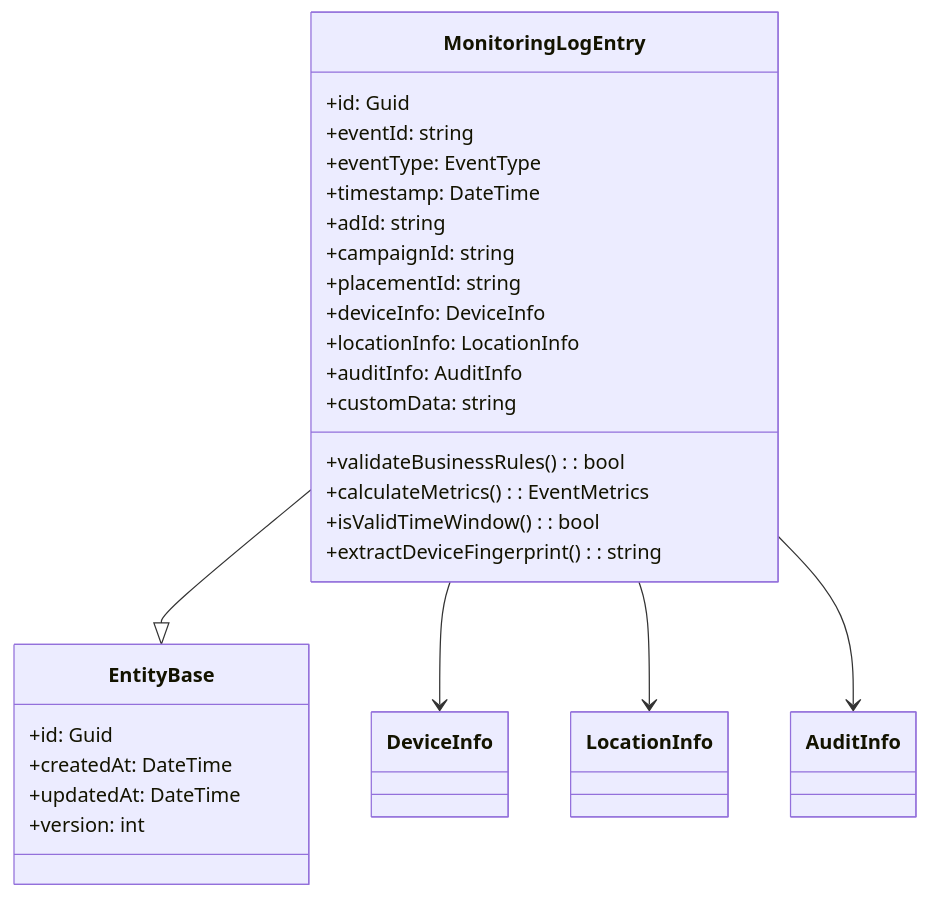
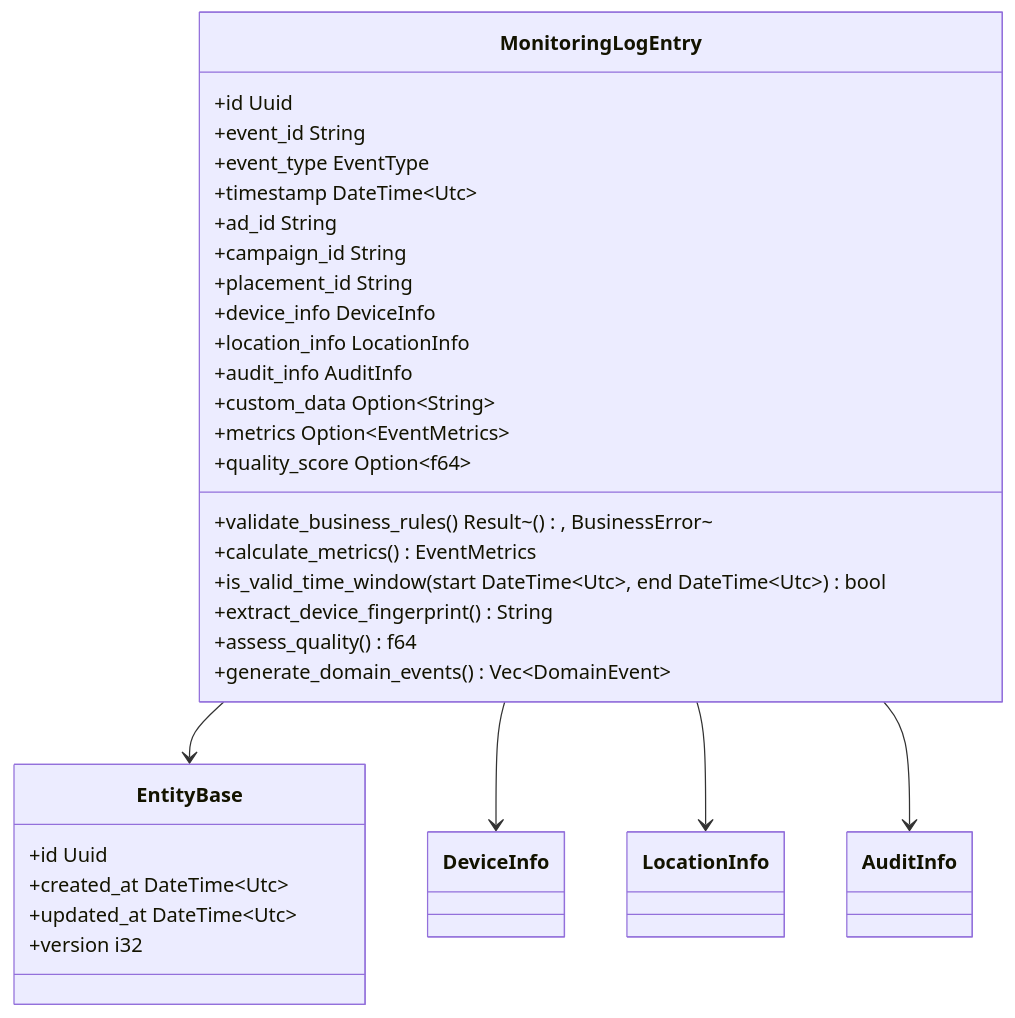
Before and after one commit to lornshrimp/Lorn.ADSP.Rust: the fourth of 10 diagrams in docs_TecDesign/广告投放引擎/广告效果监测服务设计/广告效果监测服务数据结构设计.md, drawn with Mermaid. The commit also changed other lines of this file and 8 other files, not shown here.

````diff
--- a/docs_TecDesign/广告投放引擎/广告效果监测服务设计/广告效果监测服务数据结构设计.md
+++ b/docs_TecDesign/广告投放引擎/广告效果监测服务设计/广告效果监测服务数据结构设计.md
@@ -265,32 +933,36 @@
 ```mermaid
 classDiagram
     class MonitoringLogEntry {
-        +id: Guid
-        +eventId: string
-        +eventType: EventType
-        +timestamp: DateTime
-        +adId: string
-        +campaignId: string
-        +placementId: string
-        +deviceInfo: DeviceInfo
-        +locationInfo: LocationInfo
-        +auditInfo: AuditInfo
-        +customData: string
-        +validateBusinessRules(): bool
-        +calculateMetrics(): EventMetrics
-        +isValidTimeWindow(): bool
-        +extractDeviceFingerprint(): string
+        +id Uuid
+        +event_id String
+        +event_type EventType
+        +timestamp DateTime~Utc~
+        +ad_id String
+        +campaign_id String
+        +placement_id String
+        +device_info DeviceInfo
+        +location_info LocationInfo
+        +audit_info AuditInfo
+        +custom_data Option~String~
+        +metrics Option~EventMetrics~
+        +quality_score Option~f64~
+        +validate_business_rules() Result~(), BusinessError~
+        +calculate_metrics() EventMetrics
+        +is_valid_time_window(start DateTime~Utc~, end DateTime~Utc~) bool
+        +extract_device_fingerprint() String
+        +assess_quality() f64
+        +generate_domain_events() Vec~DomainEvent~
     }
     
     class EntityBase {
-        +id: Guid
-        +createdAt: DateTime
-        +updatedAt: DateTime
-        +version: int
+        +id Uuid
+        +created_at DateTime~Utc~
+        +updated_at DateTime~Utc~
+        +version i32
     }
     
-    MonitoringLogEntry --|> EntityBase
+    MonitoringLogEntry --> EntityBase
     MonitoringLogEntry --> DeviceInfo
     MonitoringLogEntry --> LocationInfo
     MonitoringLogEntry --> AuditInfo
 ```
````
